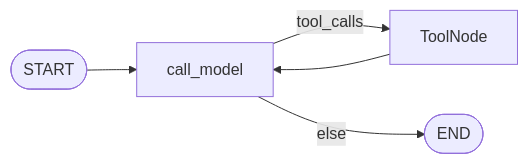
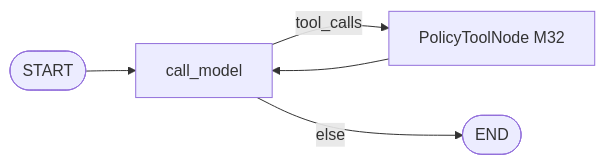
Before and after one commit to CharlotteYW/mini-claude-code: the first of 2 diagrams in docs/architecture.md, drawn with Mermaid. The commit also changed other lines of this file and 12 other files, not shown here.

First line of the commit message:
Ship M32 PolicyToolNode fan-out with ask-safe serial path.

````diff
--- a/docs/architecture.md
+++ b/docs/architecture.md
@@ -30,7 +31,7 @@
 ```mermaid
 flowchart LR
   Start([START]) --> CallModel[call_model]
-  CallModel -->|tool_calls| Tools[ToolNode]
+  CallModel -->|tool_calls| Tools[PolicyToolNode M32]
   CallModel -->|else| EndNode([END])
   Tools --> CallModel
 ```
````
